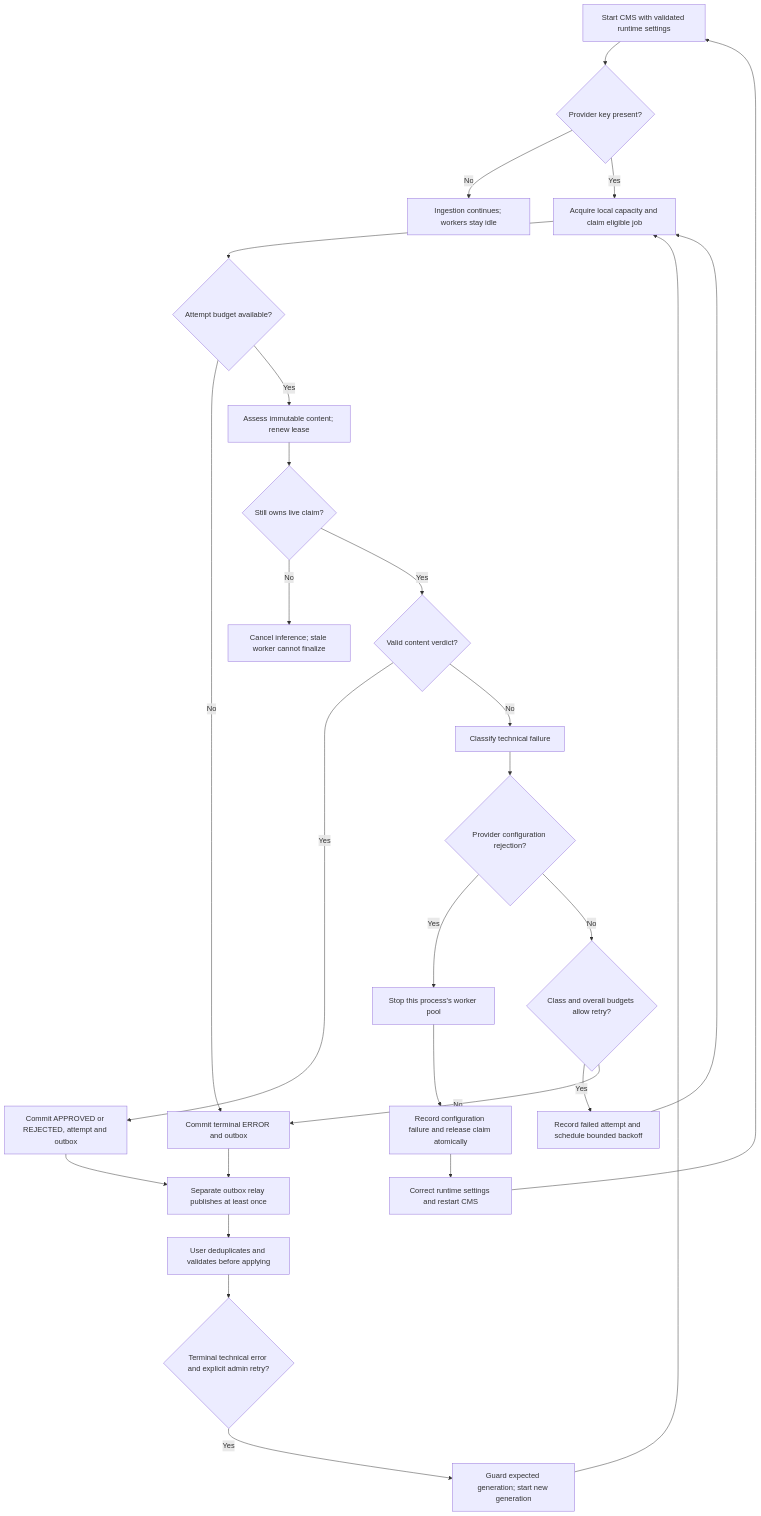
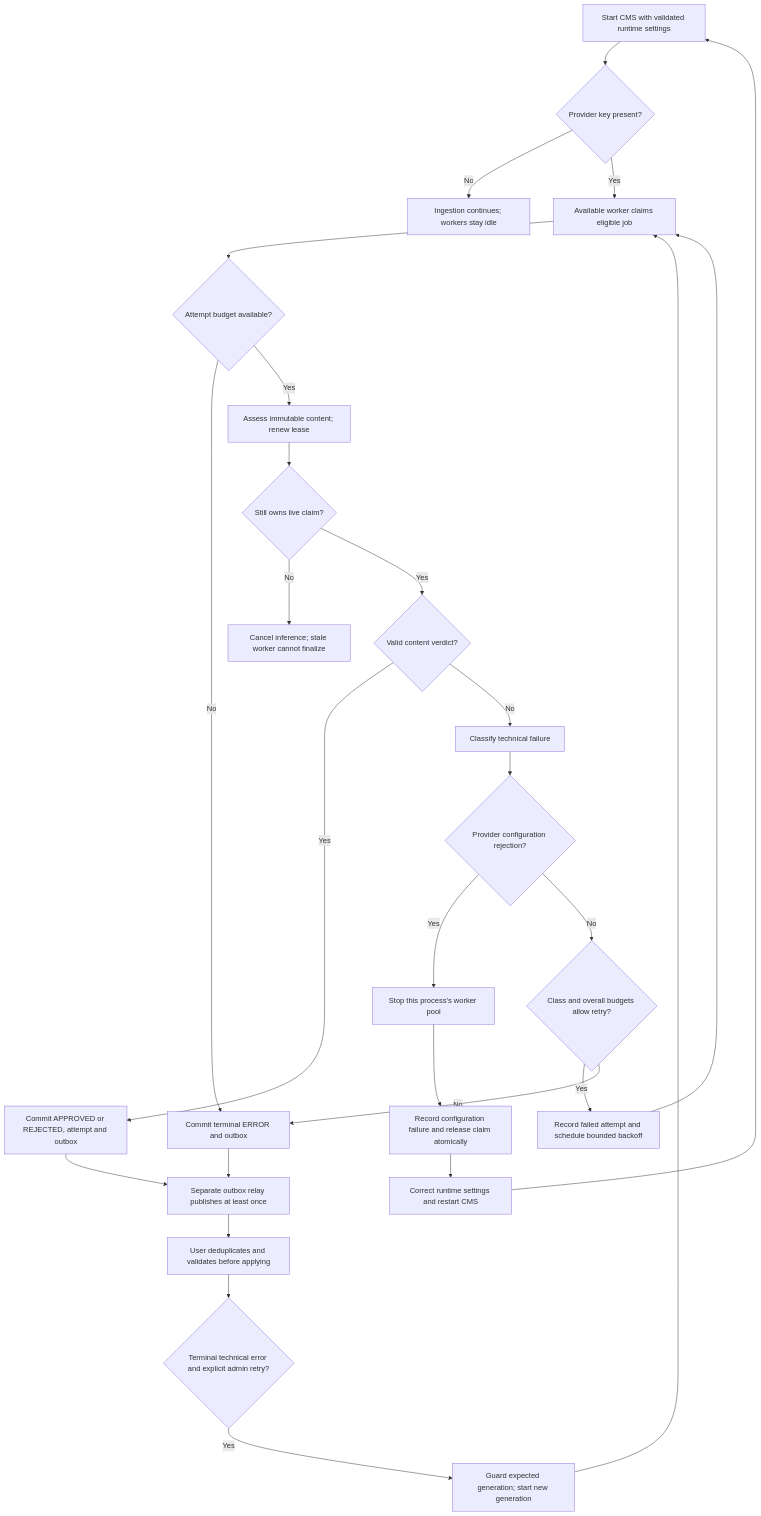
Before and after one commit to AY2627S1-CS3219-P1/FoC: the third of 3 diagrams in docs/adr/review-content-moderation.md, drawn with Mermaid. The commit also changed other lines of this file and 40 other files, not shown here.

````diff
--- a/docs/adr/review-content-moderation.md
+++ b/docs/adr/review-content-moderation.md
@@ -154,29 +157,29 @@
 ```mermaid
 flowchart TD
     Start[Start CMS with validated runtime settings] --> Key{Provider key present?}
     Key -->|No| Idle[Ingestion continues; workers stay idle]
-    Key -->|Yes| Claim[Acquire local capacity and claim eligible job]
+    Key -->|Yes| Claim[Available worker claims eligible job]
     Claim --> Budget{Attempt budget available?}
     Budget -->|No| Error[Commit terminal ERROR and outbox]
     Budget -->|Yes| Assess[Assess immutable content; renew lease]
     Assess --> Owned{Still owns live claim?}
     Owned -->|No| Lost[Cancel inference; stale worker cannot finalize]
     Owned -->|Yes| Valid{Valid content verdict?}
     Valid -->|Yes| Verdict[Commit APPROVED or REJECTED, attempt and outbox]
     Valid -->|No| Classify[Classify technical failure]
     Classify --> Config{Provider configuration rejection?}
     Config -->|Yes| Stop[Stop this process's worker pool]
     Stop --> Release[Record configuration failure and release claim atomically]
     Release --> Restart[Correct runtime settings and restart CMS]
     Restart --> Start
     Config -->|No| RetryBudget{Class and overall budgets allow retry?}
     RetryBudget -->|Yes| Retry[Record failed attempt and schedule bounded backoff]
     Retry --> Claim
     RetryBudget -->|No| Error
     Verdict --> Relay[Separate outbox relay publishes at least once]
     Error --> Relay
     Relay --> Apply[User deduplicates and validates before applying]
     Apply --> Manual{Terminal technical error and explicit admin retry?}
     Manual -->|Yes| Generation[Guard expected generation; start new generation]
     Generation --> Claim
 ```
````
